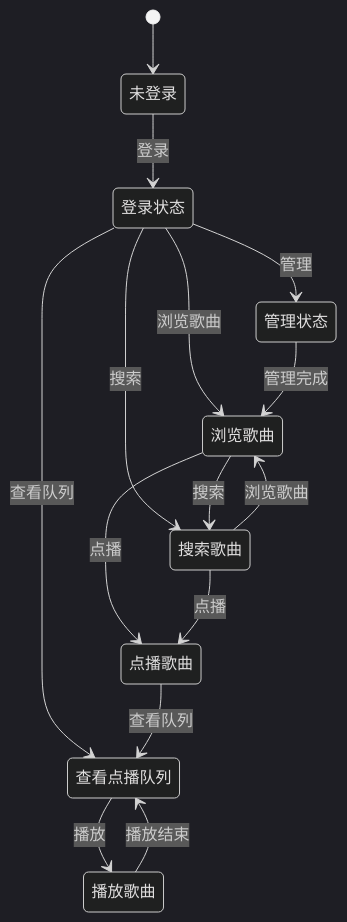
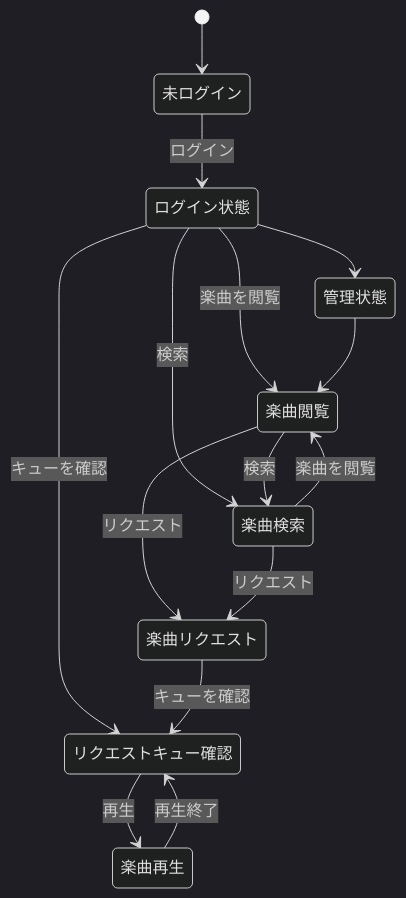
One commit to nn10n10/karaoke changed the diagram in 状態遷移図.md. Above: the diagram before and after it, drawn with Mermaid (dark theme). The commit also changed 1 other file, not shown here.

Commit message:
日本語化

````diff
--- a/状態遷移図.md
+++ b/状態遷移図.md
@@ -1,17 +1,17 @@
 ```mermaid  
 stateDiagram-v2
-    [*] --> 未登录
-    未登录 --> 登录状态: 登录
-    登录状态 --> 浏览歌曲: 浏览歌曲
-    登录状态 --> 搜索歌曲: 搜索
-    登录状态 --> 查看点播队列: 查看队列
-    登录状态 --> 管理状态: 管理
-    浏览歌曲 --> 搜索歌曲: 搜索
-    浏览歌曲 --> 点播歌曲: 点播
-    搜索歌曲 --> 浏览歌曲: 浏览歌曲
-    搜索歌曲 --> 点播歌曲: 点播
-    点播歌曲 --> 查看点播队列: 查看队列
-    查看点播队列 --> 播放歌曲: 播放
-    播放歌曲 --> 查看点播队列: 播放结束
-    管理状态 --> 浏览歌曲: 管理完成
+    [*] --> 未ログイン
+    未ログイン --> ログイン状態: ログイン
+    ログイン状態 --> 楽曲閲覧: 楽曲を閲覧
+    ログイン状態 --> 楽曲検索: 検索
+    ログイン状態 --> リクエストキュー確認: キューを確認
+    ログイン状態 --> 管理状態
+    楽曲閲覧 --> 楽曲検索: 検索
+    楽曲閲覧 --> 楽曲リクエスト: リクエスト
+    楽曲検索 --> 楽曲閲覧: 楽曲を閲覧
+    楽曲検索 --> 楽曲リクエスト: リクエスト
+    楽曲リクエスト --> リクエストキュー確認: キューを確認
+    リクエストキュー確認 --> 楽曲再生: 再生
+    楽曲再生 --> リクエストキュー確認: 再生終了
+    管理状態 --> 楽曲閲覧
  ```
````
